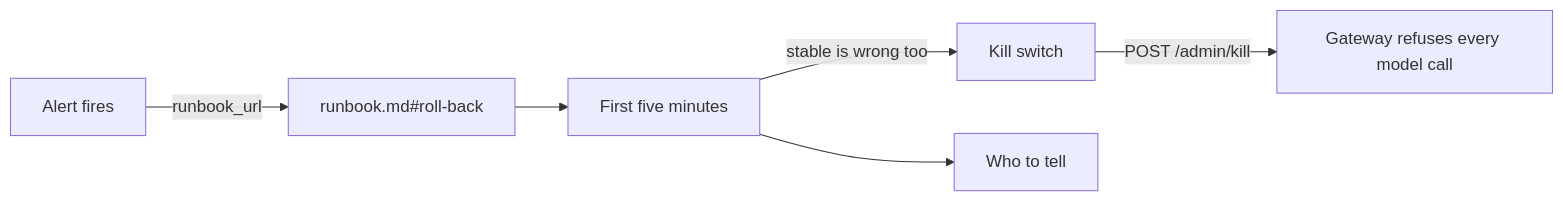
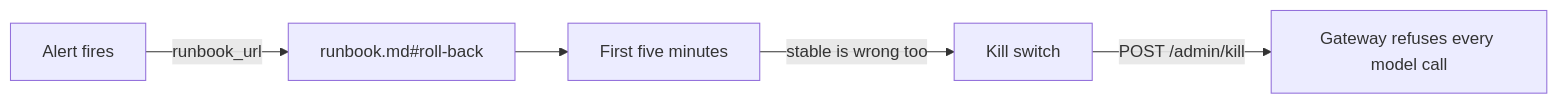
One commit to learnwithparam/agentic-deployment changed the diagram in parts/04-release-safely/05-write-the-runbook/problem/README.md. Above: the diagram before and after it, drawn with Mermaid. The commit also changed other lines of this file and 98 other files, not shown here.

````diff
--- a/parts/04-release-safely/05-write-the-runbook/problem/README.md
+++ b/parts/04-release-safely/05-write-the-runbook/problem/README.md
@@ -28,8 +15,7 @@
 ```mermaid
 flowchart LR
   A[Alert fires] -->|runbook_url| RB[runbook.md#roll-back]
   RB --> F[First five minutes]
   F -->|stable is wrong too| K[Kill switch]
   K -->|POST /admin/kill| GW[Gateway refuses every model call]
-  F --> W[Who to tell]
 ```
````
